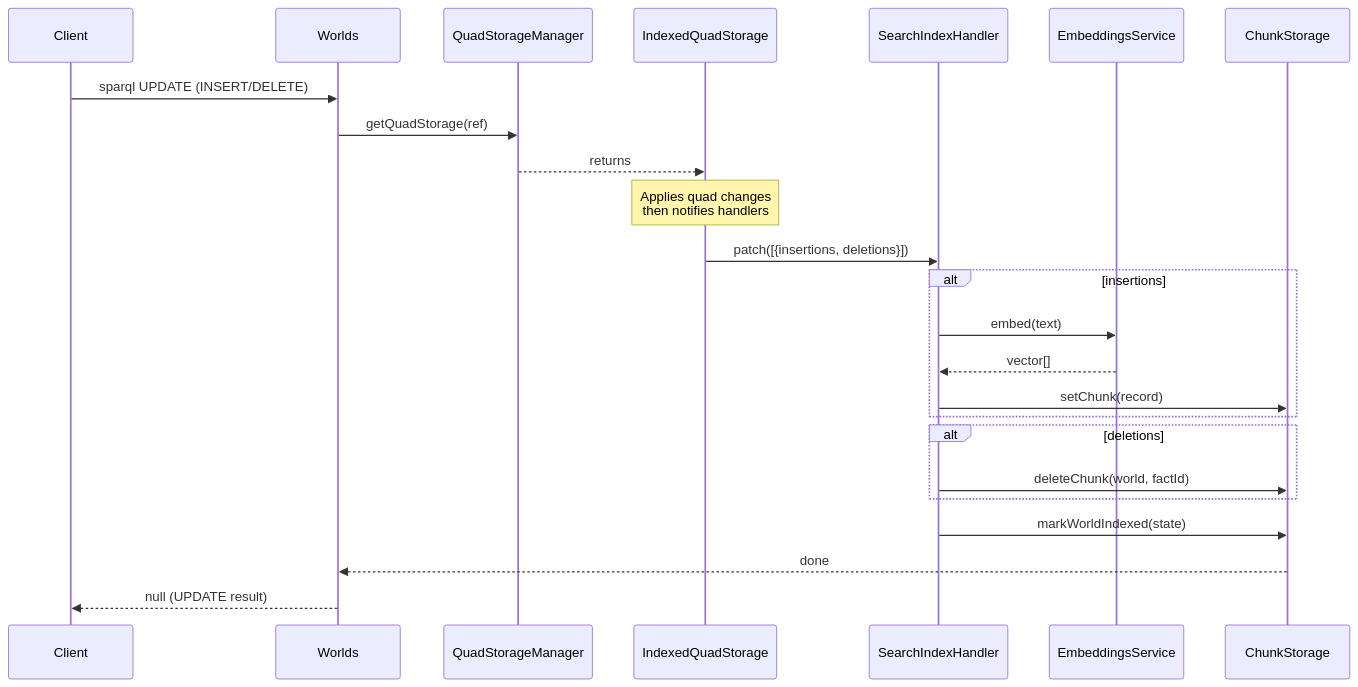
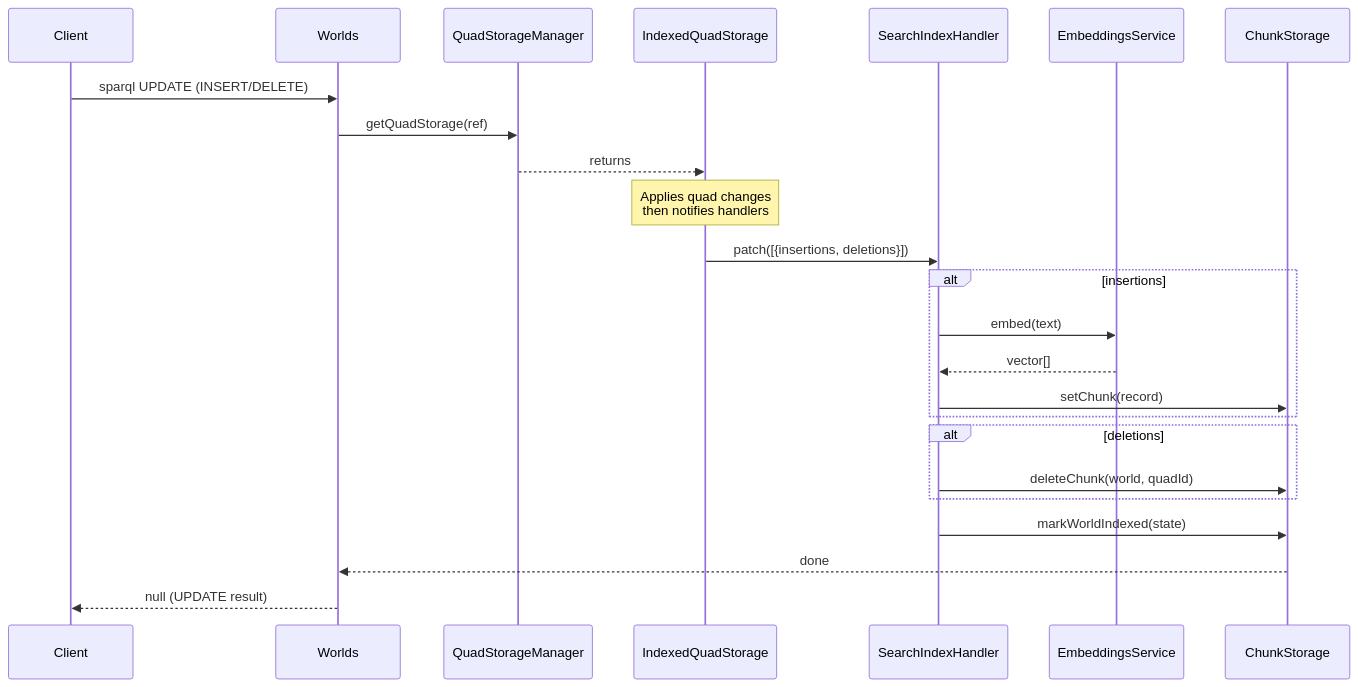
One commit to wazootech/worlds-api changed the second of 5 diagrams in docs/ARCHITECTURE.md. Above: the diagram before and after it, drawn with Mermaid. The commit also changed other lines of this file, not shown here.

First line of the commit message:
docs: finish fact->quad terminology in architecture diagrams

````diff
--- a/docs/ARCHITECTURE.md
+++ b/docs/ARCHITECTURE.md
@@ -150,32 +150,32 @@
 ```mermaid
 sequenceDiagram
     participant Client
     participant Worlds
     participant QuadStorageManager
     participant IndexedQuadStorage
     participant SearchIndexHandler
     participant EmbeddingsService
     participant ChunkStorage
     
     Client->>Worlds: sparql UPDATE (INSERT/DELETE)
     Worlds->>QuadStorageManager: getQuadStorage(ref)
     QuadStorageManager-->>IndexedQuadStorage: returns
     
     Note over IndexedQuadStorage: Applies quad changes<br/>then notifies handlers
     
     IndexedQuadStorage->>SearchIndexHandler: patch([{insertions, deletions}])
     
     alt insertions
         SearchIndexHandler->>EmbeddingsService: embed(text)
         EmbeddingsService-->>SearchIndexHandler: vector[]
         SearchIndexHandler->>ChunkStorage: setChunk(record)
     end
     
     alt deletions
-        SearchIndexHandler->>ChunkStorage: deleteChunk(world, factId)
+        SearchIndexHandler->>ChunkStorage: deleteChunk(world, quadId)
     end
     
     SearchIndexHandler->>ChunkStorage: markWorldIndexed(state)
     ChunkStorage-->>Worlds: done
     Worlds-->>Client: null (UPDATE result)
 ```
````
